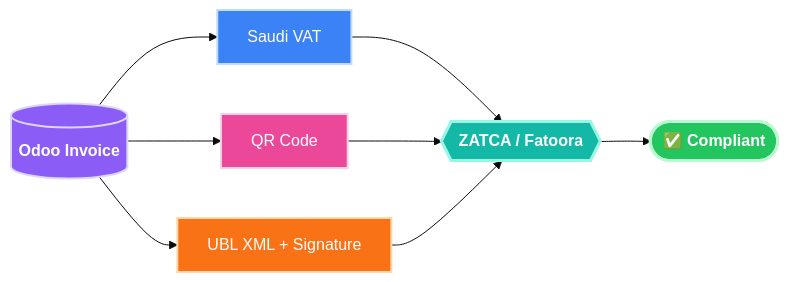
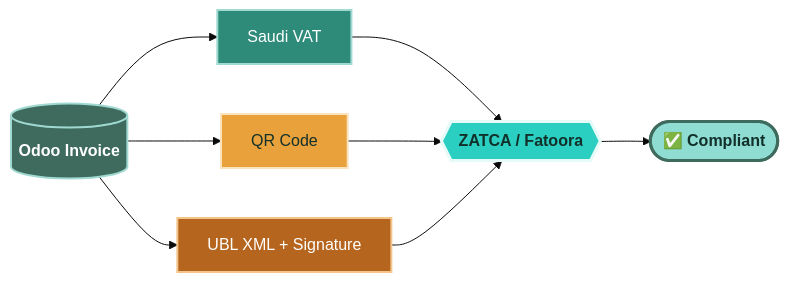
Before and after one commit to NoohSD/NoohSD: the sixth of 6 diagrams in README.md, drawn with Mermaid. The commit also changed other lines of this file, not shown here.

````diff
--- a/README.md
+++ b/README.md
@@ -285,23 +297,23 @@
 ```mermaid
 %%{init: {'theme':'base'}}%%
 flowchart LR
     O[(Odoo Invoice)] --> V[Saudi VAT]
     O --> Q[QR Code]
     O --> X[UBL XML + Signature]
     V --> Z{{ZATCA / Fatoora}}
     Q --> Z
     X --> Z
     Z --> C([✅ Compliant])
-    classDef inv fill:#8B5CF6,color:#FFFFFF,stroke:#DDD6FE,stroke-width:2px,font-weight:bold
-    classDef vat fill:#3B82F6,color:#FFFFFF,stroke:#BFDBFE,stroke-width:2px
-    classDef qr fill:#EC4899,color:#FFFFFF,stroke:#FBCFE8,stroke-width:2px
-    classDef xml fill:#F97316,color:#FFFFFF,stroke:#FED7AA,stroke-width:2px
-    classDef z fill:#14B8A6,color:#FFFFFF,stroke:#99F6E4,stroke-width:3px,font-weight:bold
-    classDef c fill:#22C55E,color:#FFFFFF,stroke:#BBF7D0,stroke-width:3px,font-weight:bold
+    classDef inv fill:#3E6B5D,color:#FFFFFF,stroke:#9FD9D1,stroke-width:2px,font-weight:bold
+    classDef vat fill:#2E8B7A,color:#FFFFFF,stroke:#9FD9D1,stroke-width:2px
+    classDef qr fill:#E9A23B,color:#12302A,stroke:#FCE3BE,stroke-width:2px
+    classDef xml fill:#B5651D,color:#FFFFFF,stroke:#F3C58A,stroke-width:2px
+    classDef z fill:#2BCFC1,color:#12302A,stroke:#E6FAF7,stroke-width:3px,font-weight:bold
+    classDef c fill:#8FDCD3,color:#12302A,stroke:#3E6B5D,stroke-width:3px,font-weight:bold
     class O inv
     class V vat
     class Q qr
     class X xml
     class Z z
     class C c
 ```
````
